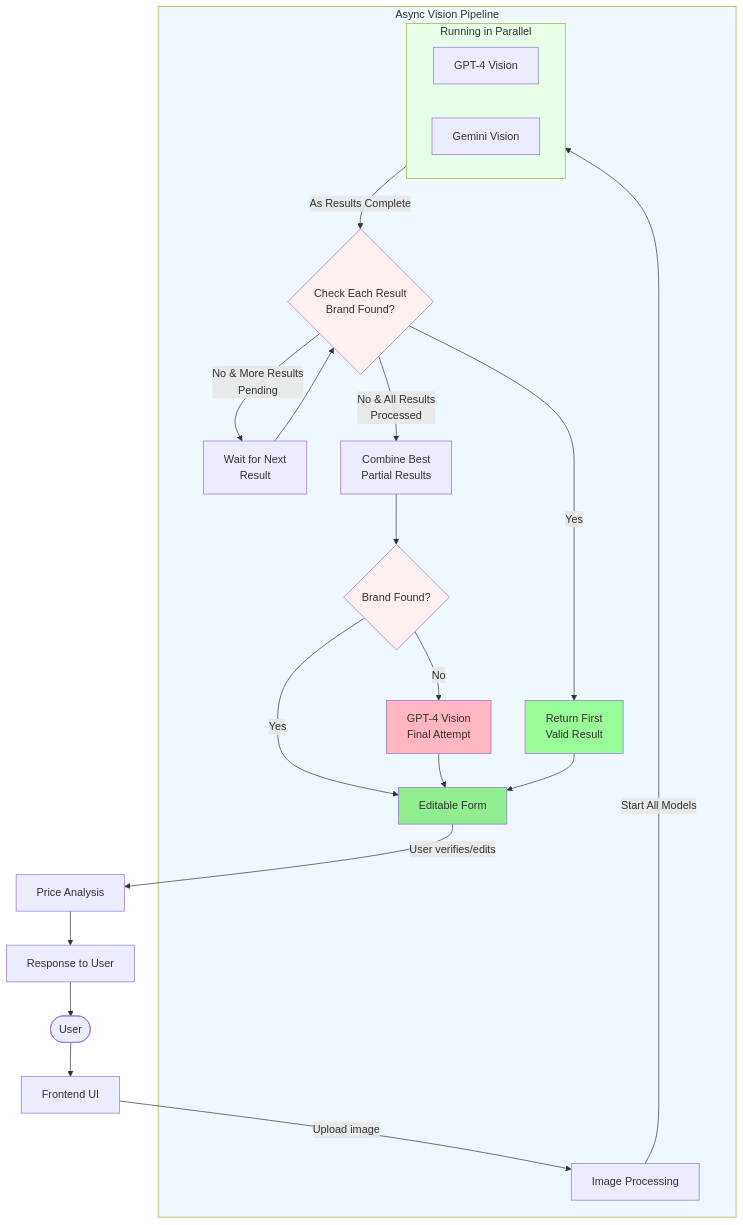
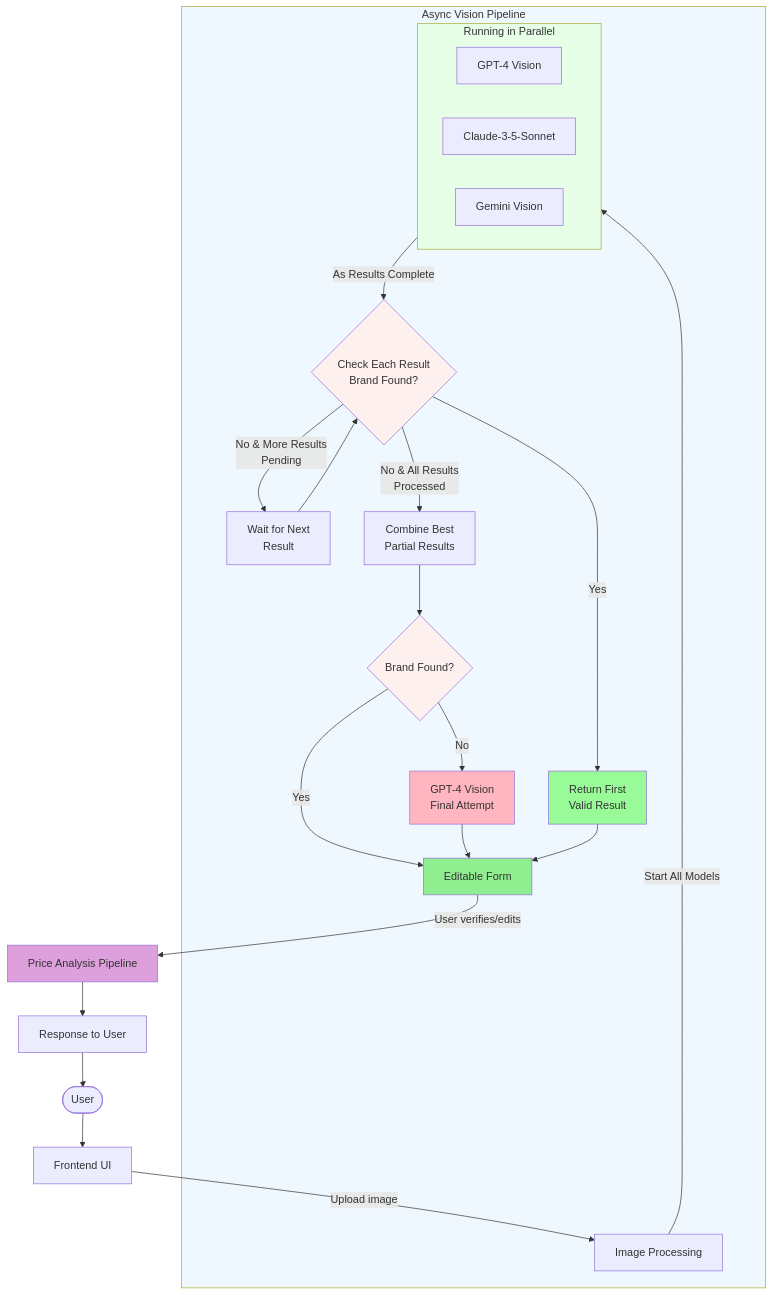
The first of 2 diagrams in README.md (team-alya/kaluste-backend), drawn with Mermaid before and after one commit. The commit also changed other lines of this file, not shown here.

Commit message:
Update flowchart

````diff
--- a/README.md
+++ b/README.md
@@ -228,42 +244,44 @@
 ```mermaid
 flowchart TD
     User([User]) --> FrontendUI[Frontend UI]
     FrontendUI -->|Upload image| ImageProcess[Image Processing]
 
     subgraph AsyncPipeline[Async Vision Pipeline]
         ImageProcess --> |Start All Models| AsyncModels[Async Vision Models]
 
         subgraph AsyncModels[Running in Parallel]
             direction LR
             GPT4[GPT-4 Vision]
+            Claude[Claude-3-5-Sonnet]
             Gemini[Gemini Vision]
         end
 
         AsyncModels --> |As Results Complete| ResultCheck{Check Each Result<br>Brand Found?}
 
         ResultCheck -->|Yes| StopAndUse[Return First<br>Valid Result]
         ResultCheck -->|No & More Results<br>Pending| WaitNext[Wait for Next<br>Result]
         WaitNext --> ResultCheck
 
         ResultCheck -->|No & All Results<br>Processed| CombineResults[Combine Best<br>Partial Results]
 
         CombineResults --> CheckBrand{Brand Found?}
         CheckBrand -->|Yes| EditableForm
         CheckBrand -->|No| FinalGPT4[GPT-4 Vision<br>Final Attempt]
         FinalGPT4 --> EditableForm
     end
 
     StopAndUse --> EditableForm[Editable Form]
 
-    EditableForm -->|User verifies/edits| PriceAnalysis[Price Analysis]
+    EditableForm -->|User verifies/edits| PriceAnalysis[Price Analysis Pipeline]
     PriceAnalysis --> ResponseUI[Response to User]
     ResponseUI --> User
 
     style AsyncPipeline fill:#f0f8ff
     style AsyncModels fill:#e6ffe6
     style ResultCheck fill:#fff0f0
     style EditableForm fill:#90EE90
     style StopAndUse fill:#98FB98
     style FinalGPT4 fill:#FFB6C1
     style CheckBrand fill:#fff0f0
+    style PriceAnalysis fill:#DDA0DD
 ```
````
